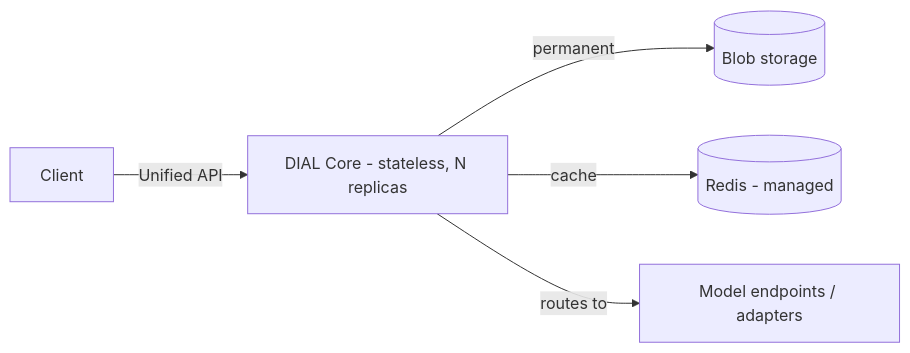
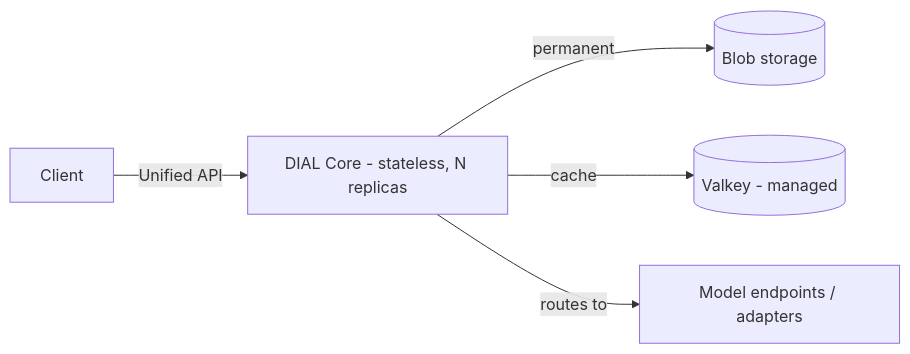
One commit to epam/ai-dial changed the diagram in docs_v2/4.operating-dial/7.production-readiness/0.index.md. Above: the diagram before and after it, drawn with Mermaid. The commit also changed other lines of this file and 9 other files, not shown here.

First line of the commit message:
docs(deploy): bundled cache Redis -> Valkey in cloud/production docs [PR #555]

````diff
--- a/docs_v2/4.operating-dial/7.production-readiness/0.index.md
+++ b/docs_v2/4.operating-dial/7.production-readiness/0.index.md
@@ -22,7 +22,7 @@
 ```mermaid
 flowchart LR
   Client -->|Unified API| Core[DIAL Core - stateless, N replicas]
   Core -->|permanent| Blob[(Blob storage)]
-  Core -->|cache| Redis[(Redis - managed)]
+  Core -->|cache| Valkey[(Valkey - managed)]
   Core -->|routes to| Models[Model endpoints / adapters]
 ```
````
